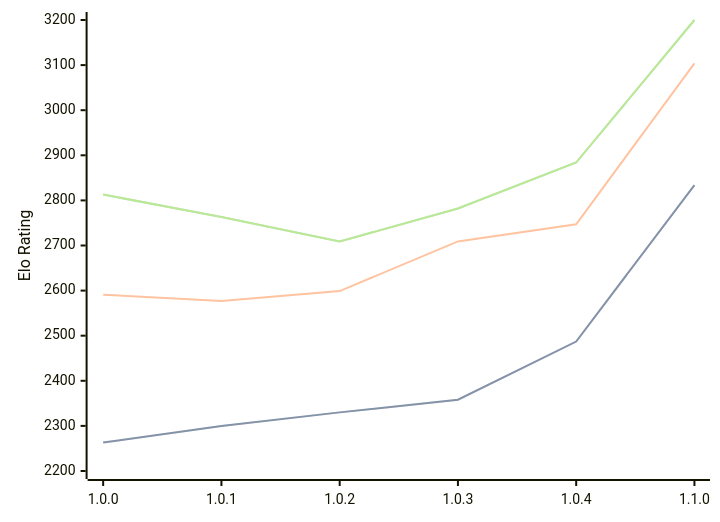
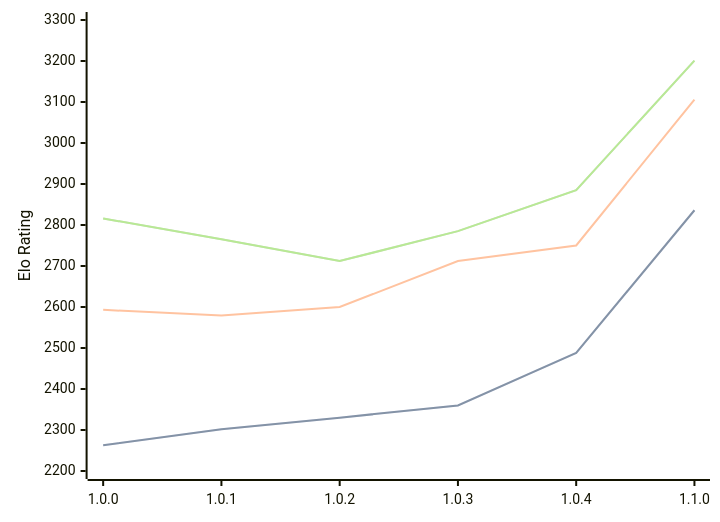
The diagram in engines/Grail.md (computer-chess-index/cci), drawn with Mermaid before and after one commit. The commit also changed other lines of this file, not shown here.

Commit message:
Update CCI Ratings (ELO VLTC) - 2026-04-11

````diff
--- a/engines/Grail.md
+++ b/engines/Grail.md
@@ -36,11 +36,11 @@
 ```mermaid
 %%{init: {"theme":"base","themeVariables":{"seriesColors:['#a3a3a3','#222221','#faa371']}}}%%
 xychart-beta
   x-axis ["1.0.0", "1.0.1", "1.0.2", "1.0.3", "1.0.4", "1.1.0"]
-  y-axis "Elo Rating" 2200 --> 3200
-  line "STC (8.0+0.08s)" [2263, 2300, 2330, 2358, 2487, 2834]
-  line "STC (8.0+0.08s)" [2263, 2300, 2330, 2358, 2487, 2834]
-  line "LTC (60.0+0.60s)" [2591, 2577, 2599, 2709, 2747, 3104]
-  line "VLTC (2m24s+1.12s)" [2813, 2763, 2709, 2782, 2884, 3200]
-  line "VLTC (2m24s+1.12s)" [2813, 2763, 2709, 2782, 2884, 3200]
+  y-axis "Elo Rating" 2200 --> 3300
+  line "STC (8.0+0.08s)" [2263, 2302, 2330, 2360, 2488, 2836]
+  line "STC (8.0+0.08s)" [2263, 2302, 2330, 2360, 2488, 2836]
+  line "LTC (60.0+0.60s)" [2593, 2579, 2600, 2712, 2750, 3106]
+  line "VLTC (2m24s+1.12s)" [2816, 2765, 2712, 2785, 2885, 3201]
+  line "VLTC (2m24s+1.12s)" [2816, 2765, 2712, 2785, 2885, 3201]
 ```
````
